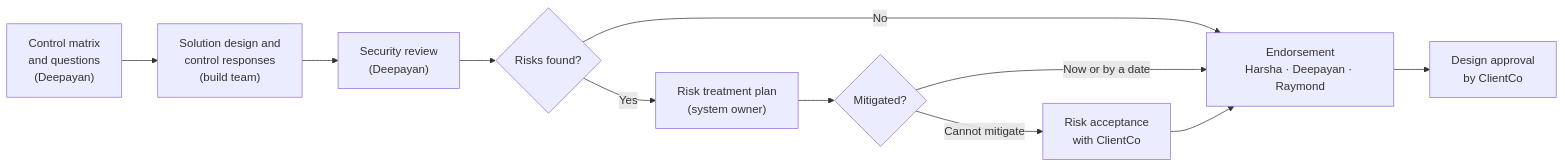
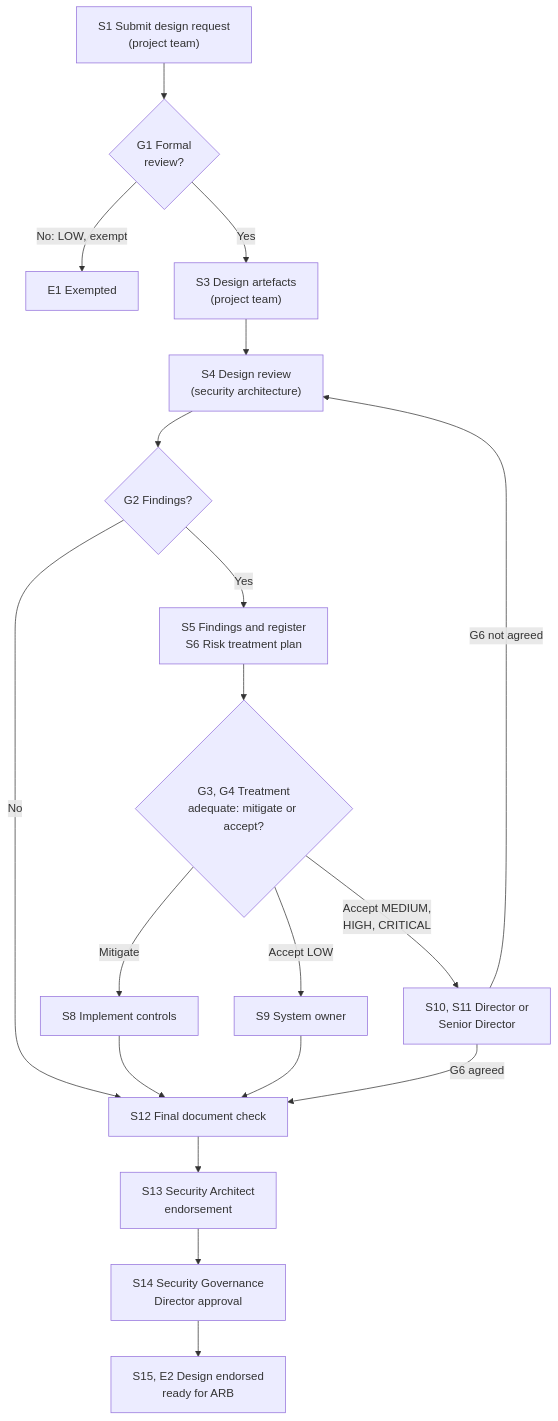
Before and after one commit to harshakk/test-first-hello-world: the first of 2 diagrams in Security_and_Compliance_Knowledge.md, drawn with Mermaid. The commit also changed other lines of this file, not shown here.

````diff
--- a/Security_and_Compliance_Knowledge.md
+++ b/Security_and_Compliance_Knowledge.md
@@ -109,13 +150,17 @@
 ```mermaid
-flowchart LR
-  CM["Control matrix<br/>and questions<br/>(Deepayan)"] --> RESP["Solution design and<br/>control responses<br/>(build team)"]
-  RESP --> REV["Security review<br/>(Deepayan)"]
-  REV --> Q{"Risks found?"}
-  Q -->|"No"| END["Endorsement<br/>Harsha · Deepayan · Raymond"]
-  Q -->|"Yes"| RTP["Risk treatment plan<br/>(system owner)"]
-  RTP --> FIX{"Mitigated?"}
-  FIX -->|"Now or by a date"| END
-  FIX -->|"Cannot mitigate"| ACC["Risk acceptance<br/>with ClientCo"]
-  ACC --> END
-  END --> CC["Design approval<br/>by ClientCo"]
+flowchart TD
+  S1["S1 Submit design request<br/>(project team)"] --> G1{"G1 Formal<br/>review?"}
+  G1 -->|"No: LOW, exempt"| E1["E1 Exempted"]
+  G1 -->|"Yes"| S3["S3 Design artefacts<br/>(project team)"]
+  S3 --> S4["S4 Design review<br/>(security architecture)"]
+  S4 --> G2{"G2 Findings?"}
+  G2 -->|"No"| S12["S12 Final document check"]
+  G2 -->|"Yes"| S6["S5 Findings and register<br/>S6 Risk treatment plan"]
+  S6 --> G4{"G3, G4 Treatment<br/>adequate: mitigate or accept?"}
+  G4 -->|"Mitigate"| S8["S8 Implement controls"] --> S12
+  G4 -->|"Accept LOW"| S9["S9 System owner"] --> S12
+  G4 -->|"Accept MEDIUM,<br/>HIGH, CRITICAL"| S10["S10, S11 Director or<br/>Senior Director"]
+  S10 -->|"G6 agreed"| S12
+  S10 -->|"G6 not agreed"| S4
+  S12 --> S13["S13 Security Architect<br/>endorsement"] --> S14["S14 Security Governance<br/>Director approval"] --> E2["S15, E2 Design endorsed<br/>ready for ARB"]
 ```
````
